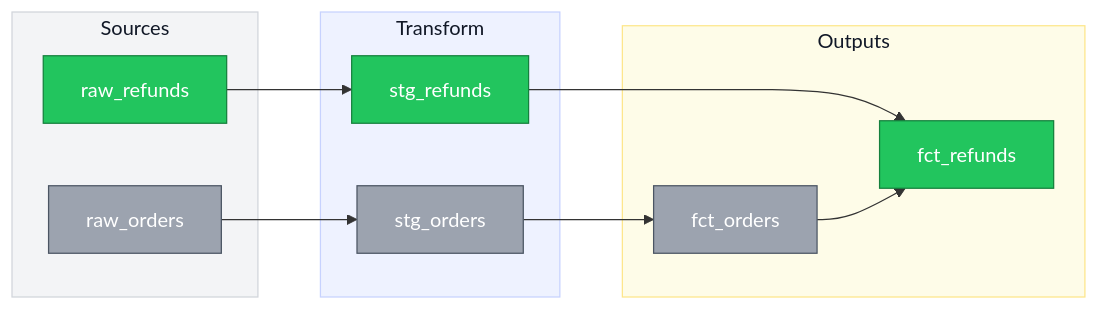
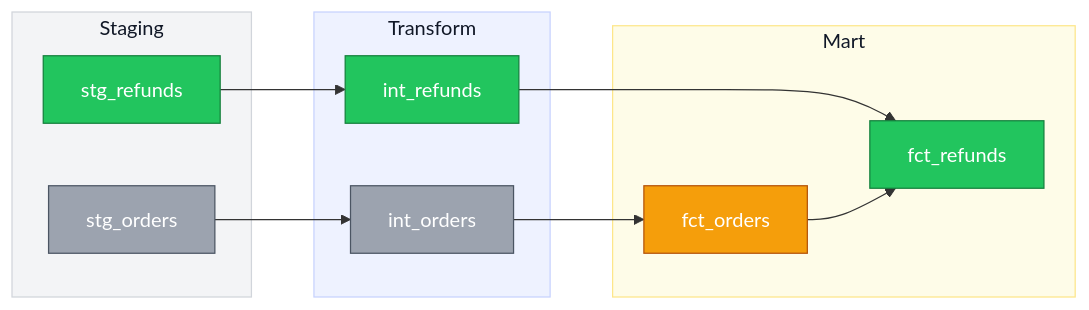
Before and after one commit to zachloertscher/claude-tools: the third of 3 diagrams in skills/mermaid-diagrams/SKILL.md, drawn with Mermaid. The commit also changed other lines of this file and 1 other file, not shown here.

First line of the commit message:
Add changed state, ERD example, restructure layers

````diff
--- a/skills/mermaid-diagrams/SKILL.md
+++ b/skills/mermaid-diagrams/SKILL.md
@@ -69,28 +89,29 @@
 ```mermaid
 flowchart LR
     classDef newNode fill:#22c55e,stroke:#15803d,color:#fff
+    classDef changedNode fill:#f59e0b,stroke:#b45309,color:#fff
     classDef existingNode fill:#9ca3af,stroke:#4b5563,color:#fff
 
-    subgraph sources[Sources]
-        raw_orders["raw_orders"]:::existingNode
-        raw_refunds["raw_refunds"]:::newNode
-    end
-
-    subgraph transform[Transform]
+    subgraph staging[Staging]
         stg_orders["stg_orders"]:::existingNode
         stg_refunds["stg_refunds"]:::newNode
     end
 
-    subgraph outputs[Outputs]
-        fct_orders["fct_orders"]:::existingNode
+    subgraph transform[Transform]
+        int_orders["int_orders"]:::existingNode
+        int_refunds["int_refunds"]:::newNode
+    end
+
+    subgraph mart[Mart]
+        fct_orders["fct_orders"]:::changedNode
         fct_refunds["fct_refunds"]:::newNode
     end
 
-    style sources fill:#f3f4f6,stroke:#d1d5db,color:#111827
+    style staging fill:#f3f4f6,stroke:#d1d5db,color:#111827
     style transform fill:#eef2ff,stroke:#c7d2fe,color:#111827
-    style outputs fill:#fefce8,stroke:#fde68a,color:#111827
+    style mart fill:#fefce8,stroke:#fde68a,color:#111827
 
-    raw_orders --> stg_orders --> fct_orders
-    raw_refunds --> stg_refunds --> fct_refunds
+    stg_orders --> int_orders --> fct_orders
+    stg_refunds --> int_refunds --> fct_refunds
     fct_orders --> fct_refunds
 ```
````
